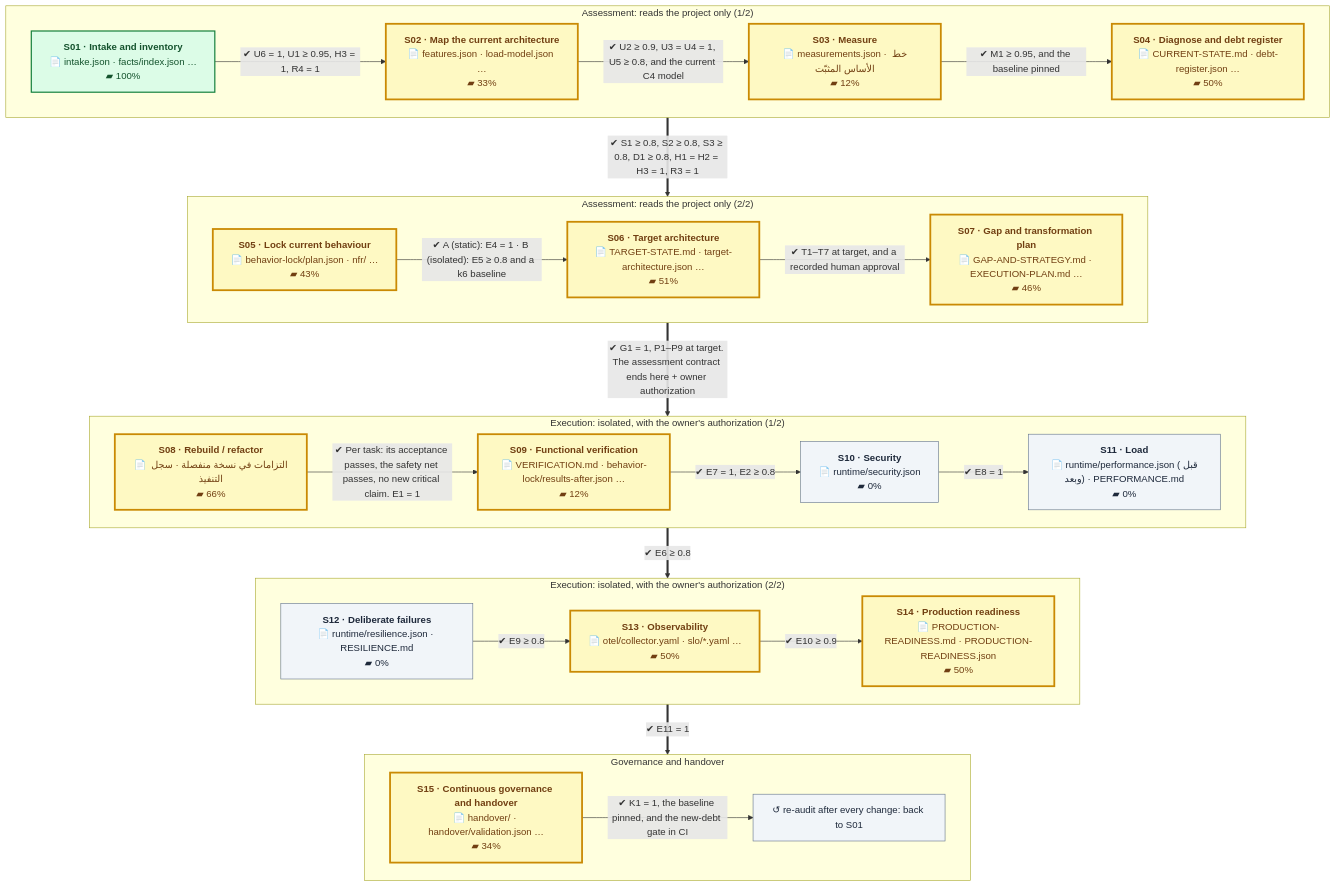
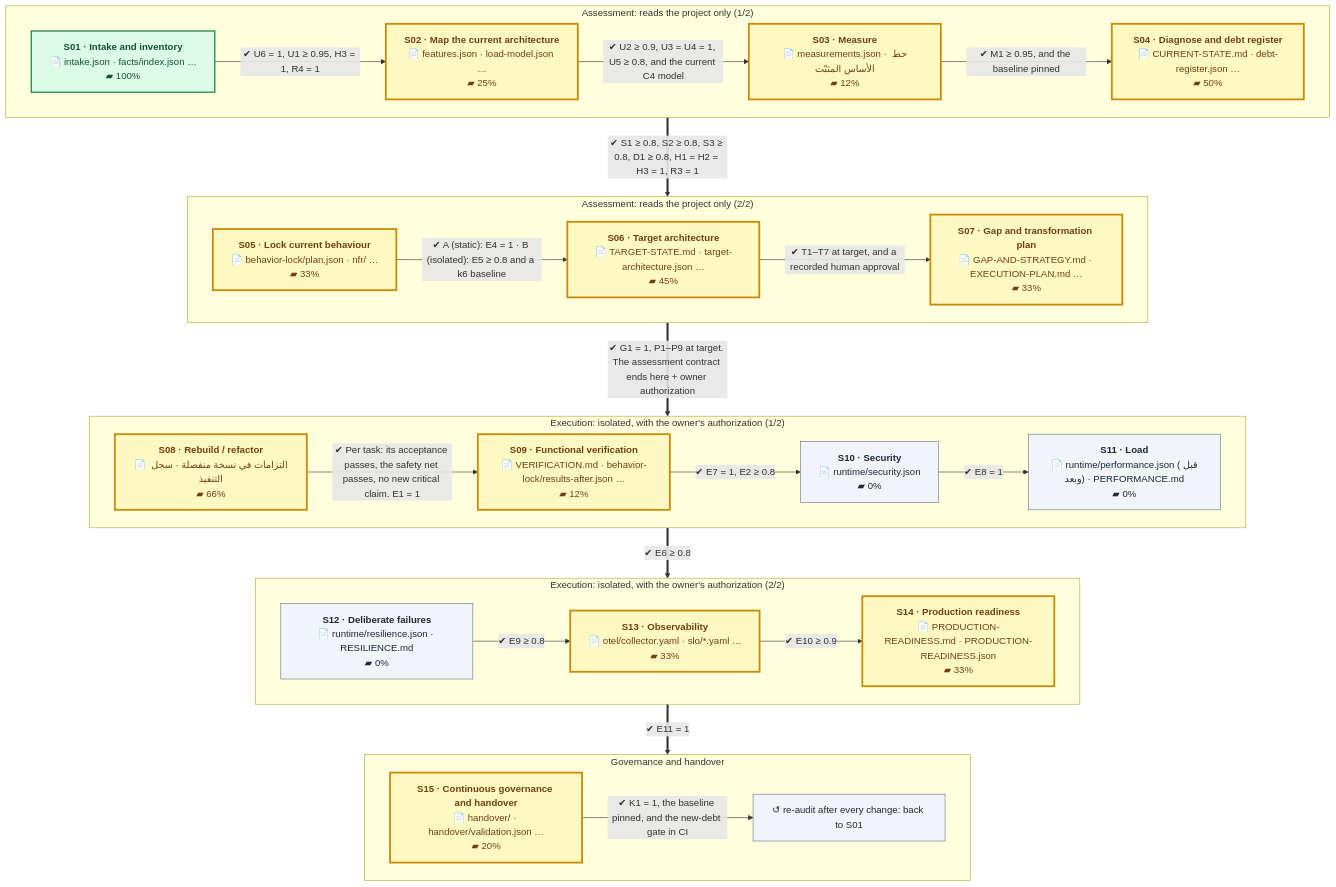
The first of 2 diagrams in README.en.md (eom1417/engineering-audit-os), drawn with Mermaid before and after one commit. The commit also changed other lines of this file and 24 other files, not shown here.

First line of the commit message:
NS46 Studio first: the phase as a step, its indicators F11-F14 and their measures, and contract v2's schemas

````diff
--- a/README.en.md
+++ b/README.en.md
@@ -52,54 +52,54 @@
 ```mermaid
 %%{init: {'flowchart': {'wrappingWidth': 260, 'nodeSpacing': 40, 'rankSpacing': 60}}}%%
 flowchart TB
     subgraph P1["Assessment: reads the project only (1/2)"]
         direction LR
         S01["<b>S01 · Intake and inventory</b><br/>📄 intake.json · facts/index.json …<br/>▰ 100%"]:::done
-        S02["<b>S02 · Map the current architecture</b><br/>📄 features.json · load-model.json …<br/>▰ 33%"]:::current
+        S02["<b>S02 · Map the current architecture</b><br/>📄 features.json · load-model.json …<br/>▰ 25%"]:::current
         S03["<b>S03 · Measure</b><br/>📄 measurements.json · خط الأساس المثبّت<br/>▰ 12%"]:::current
         S04["<b>S04 · Diagnose and debt register</b><br/>📄 CURRENT-STATE.md · debt-register.json …<br/>▰ 50%"]:::current
         S01 -->|"✔ U6 = 1, U1 ≥ 0.95, H3 = 1, R4 = 1"| S02
         S02 -->|"✔ U2 ≥ 0.9, U3 = U4 = 1, U5 ≥ 0.8, and the current C4 model"| S03
         S03 -->|"✔ M1 ≥ 0.95, and the baseline pinned"| S04
     end
     subgraph P2["Assessment: reads the project only (2/2)"]
         direction LR
-        S05["<b>S05 · Lock current behaviour</b><br/>📄 behavior-lock/plan.json · nfr/ …<br/>▰ 43%"]:::current
-        S06["<b>S06 · Target architecture</b><br/>📄 TARGET-STATE.md · target-architecture.json …<br/>▰ 51%"]:::current
-        S07["<b>S07 · Gap and transformation plan</b><br/>📄 GAP-AND-STRATEGY.md · EXECUTION-PLAN.md …<br/>▰ 46%"]:::current
+        S05["<b>S05 · Lock current behaviour</b><br/>📄 behavior-lock/plan.json · nfr/ …<br/>▰ 33%"]:::current
+        S06["<b>S06 · Target architecture</b><br/>📄 TARGET-STATE.md · target-architecture.json …<br/>▰ 45%"]:::current
+        S07["<b>S07 · Gap and transformation plan</b><br/>📄 GAP-AND-STRATEGY.md · EXECUTION-PLAN.md …<br/>▰ 33%"]:::current
         S05 -->|"✔ A (static): E4 = 1 · B (isolated): E5 ≥ 0.8 and a k6 baseline"| S06
         S06 -->|"✔ T1–T7 at target, and a recorded human approval"| S07
     end
     subgraph P3["Execution: isolated, with the owner's authorization (1/2)"]
         direction LR
         S08["<b>S08 · Rebuild / refactor</b><br/>📄 التزامات في نسخة منفصلة · سجل التنفيذ<br/>▰ 66%"]:::current
         S09["<b>S09 · Functional verification</b><br/>📄 VERIFICATION.md · behavior-lock/results-after.json …<br/>▰ 12%"]:::current
         S10["<b>S10 · Security</b><br/>📄 runtime/security.json<br/>▰ 0%"]:::next
         S11["<b>S11 · Load</b><br/>📄 runtime/performance.json (قبل وبعد) · PERFORMANCE.md<br/>▰ 0%"]:::next
         S08 -->|"✔ Per task: its acceptance passes, the safety net passes, no new critical claim. E1 = 1"| S09
         S09 -->|"✔ E7 = 1, E2 ≥ 0.8"| S10
         S10 -->|"✔ E8 = 1"| S11
     end
     subgraph P4["Execution: isolated, with the owner's authorization (2/2)"]
         direction LR
         S12["<b>S12 · Deliberate failures</b><br/>📄 runtime/resilience.json · RESILIENCE.md<br/>▰ 0%"]:::next
-        S13["<b>S13 · Observability</b><br/>📄 otel/collector.yaml · slo/*.yaml …<br/>▰ 50%"]:::current
-        S14["<b>S14 · Production readiness</b><br/>📄 PRODUCTION-READINESS.md · PRODUCTION-READINESS.json<br/>▰ 50%"]:::current
+        S13["<b>S13 · Observability</b><br/>📄 otel/collector.yaml · slo/*.yaml …<br/>▰ 33%"]:::current
+        S14["<b>S14 · Production readiness</b><br/>📄 PRODUCTION-READINESS.md · PRODUCTION-READINESS.json<br/>▰ 33%"]:::current
         S12 -->|"✔ E9 ≥ 0.8"| S13
         S13 -->|"✔ E10 ≥ 0.9"| S14
     end
     subgraph P5["Governance and handover"]
         direction LR
-        S15["<b>S15 · Continuous governance and handover</b><br/>📄 handover/ · handover/validation.json …<br/>▰ 34%"]:::current
+        S15["<b>S15 · Continuous governance and handover</b><br/>📄 handover/ · handover/validation.json …<br/>▰ 20%"]:::current
         LOOP["↺ re-audit after every change: back to S01"]:::next
         S15 -->|"✔ K1 = 1, the baseline pinned, and the new-debt gate in CI"| LOOP
     end
     P1 ==>|"✔ S1 ≥ 0.8, S2 ≥ 0.8, S3 ≥ 0.8, D1 ≥ 0.8, H1 = H2 = H3 = 1, R3 = 1"| P2
     P2 ==>|"✔ G1 = 1, P1–P9 at target. The assessment contract ends here + owner authorization"| P3
     P3 ==>|"✔ E6 ≥ 0.8"| P4
     P4 ==>|"✔ E11 = 1"| P5
     classDef done fill:#dcfce7,stroke:#15803d,color:#14532d,stroke-width:2px
     classDef current fill:#fef9c3,stroke:#ca8a04,color:#713f12,stroke-width:3px
     classDef next fill:#f1f5f9,stroke:#64748b,color:#1e293b
     classDef owner fill:#fee2e2,stroke:#b91c1c,color:#7f1d1d,stroke-dasharray:5 3
 ```
````
